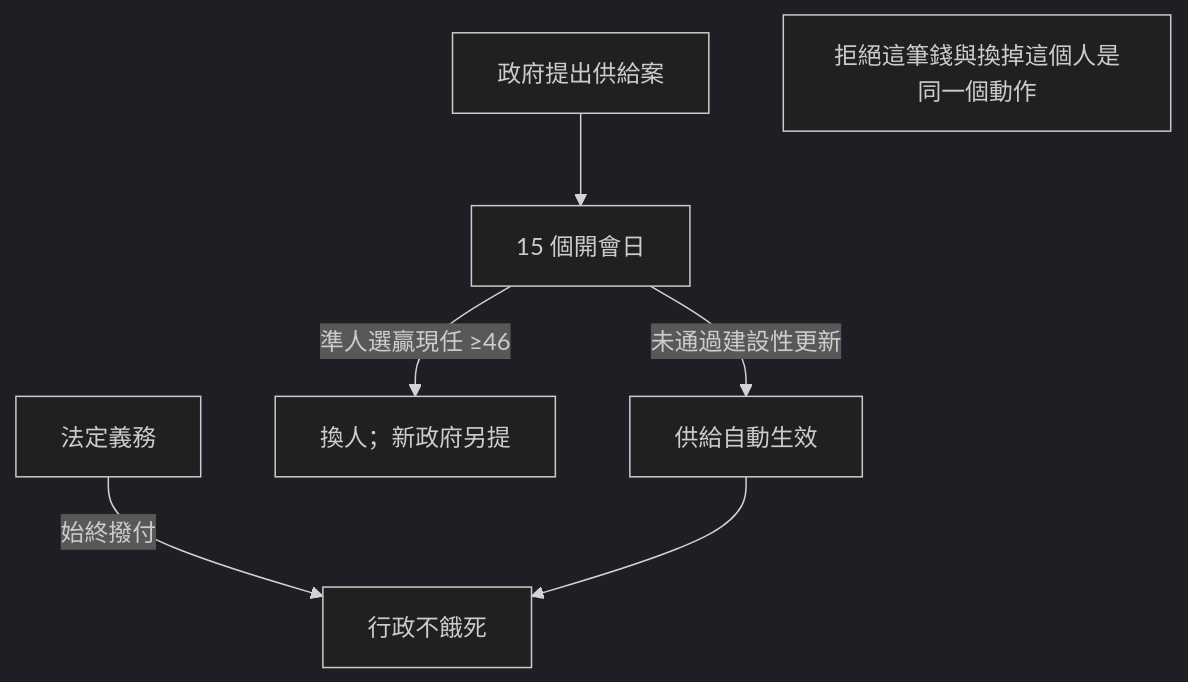
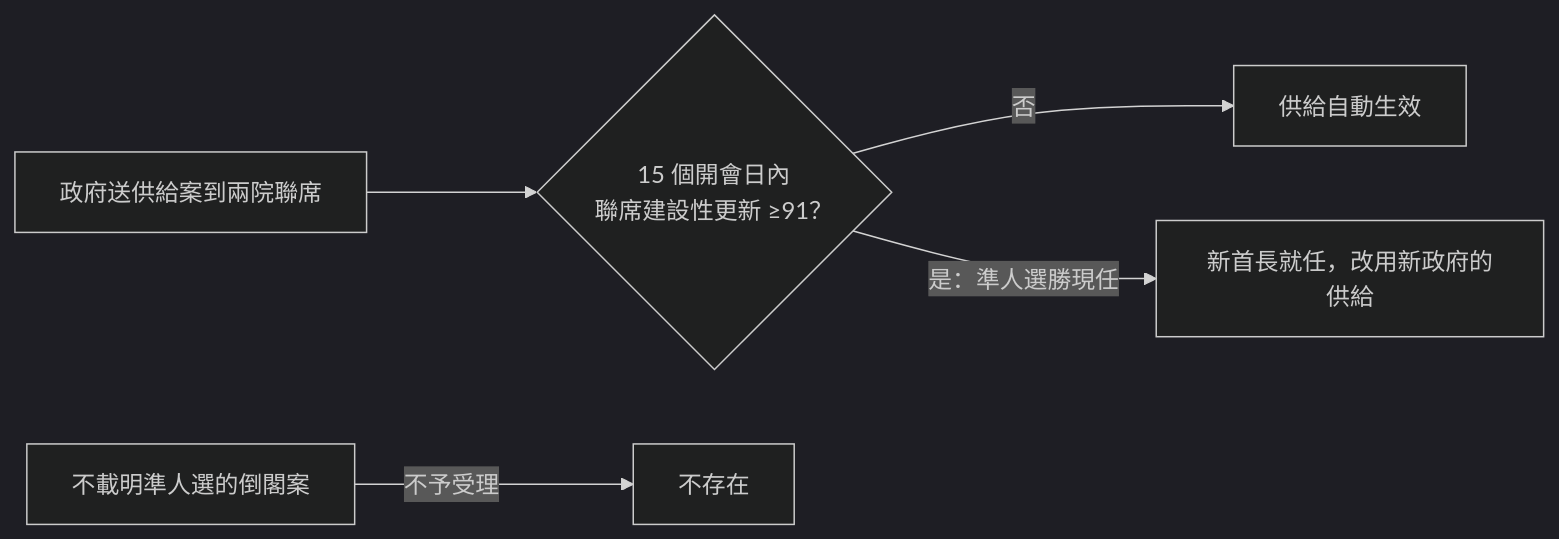
The fifth of 8 diagrams in topics/regime-designs/designs/台灣/兩院議會制/憲政架構圖.md (IRonROOT578/Political-Economy-Research-Public), drawn with Mermaid (dark theme) before and after one commit. The commit also changed other lines of this file and 241 other files, not shown here.

````diff
--- a/topics/regime-designs/designs/台灣/兩院議會制/憲政架構圖.md
+++ b/topics/regime-designs/designs/台灣/兩院議會制/憲政架構圖.md
@@ -82,9 +71,7 @@
 ```mermaid
-flowchart TD
-  Gov[政府提出供給案] --> Clock[15 個開會日]
-  Clock -->|未通過建設性更新| Auto[供給自動生效]
-  Clock -->|準人選贏現任 ≥46| Swap[換人；新政府另提]
-  Obl[法定義務] -->|始終撥付| Live[行政不餓死]
-  Auto --> Live
-  Note[拒絕這筆錢與換掉這個人是同一個動作]
+flowchart LR
+  Sup[政府送供給案到兩院聯席] --> Q{15 個開會日內<br/>聯席建設性更新 ≥91？}
+  Q -->|否| Auto[供給自動生效]
+  Q -->|是：準人選勝現任| New[新首長就任，改用新政府的供給]
+  NoName[不載明準人選的倒閣案] -->|不予受理| X[不存在]
 ```
````
